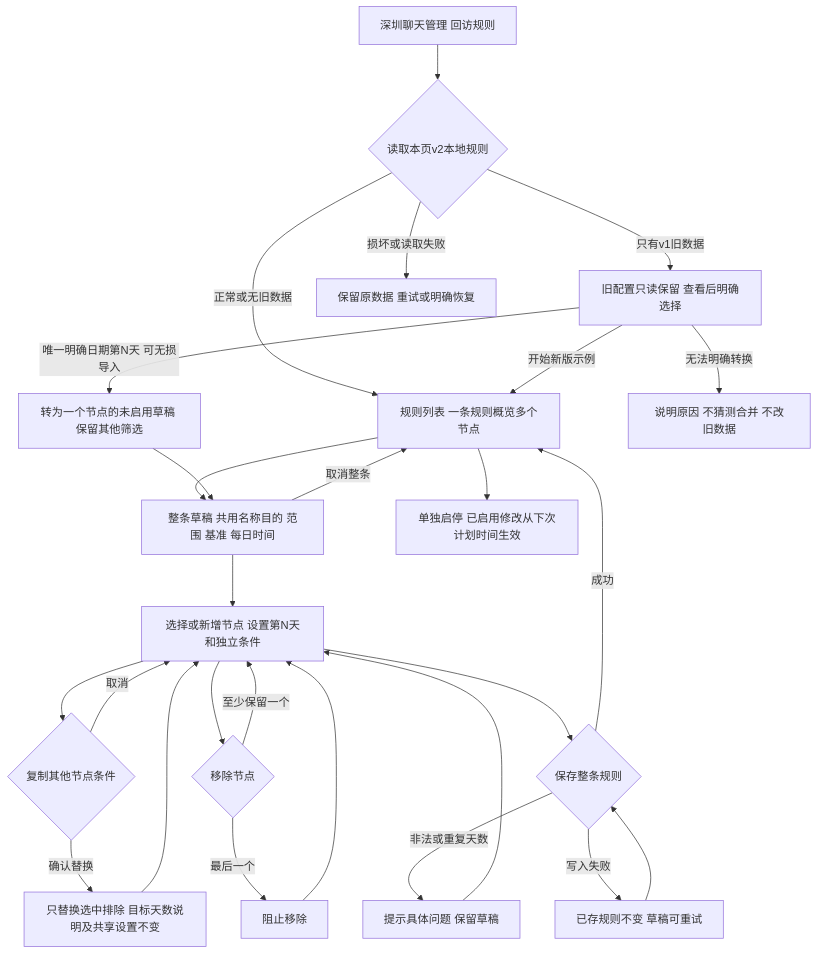
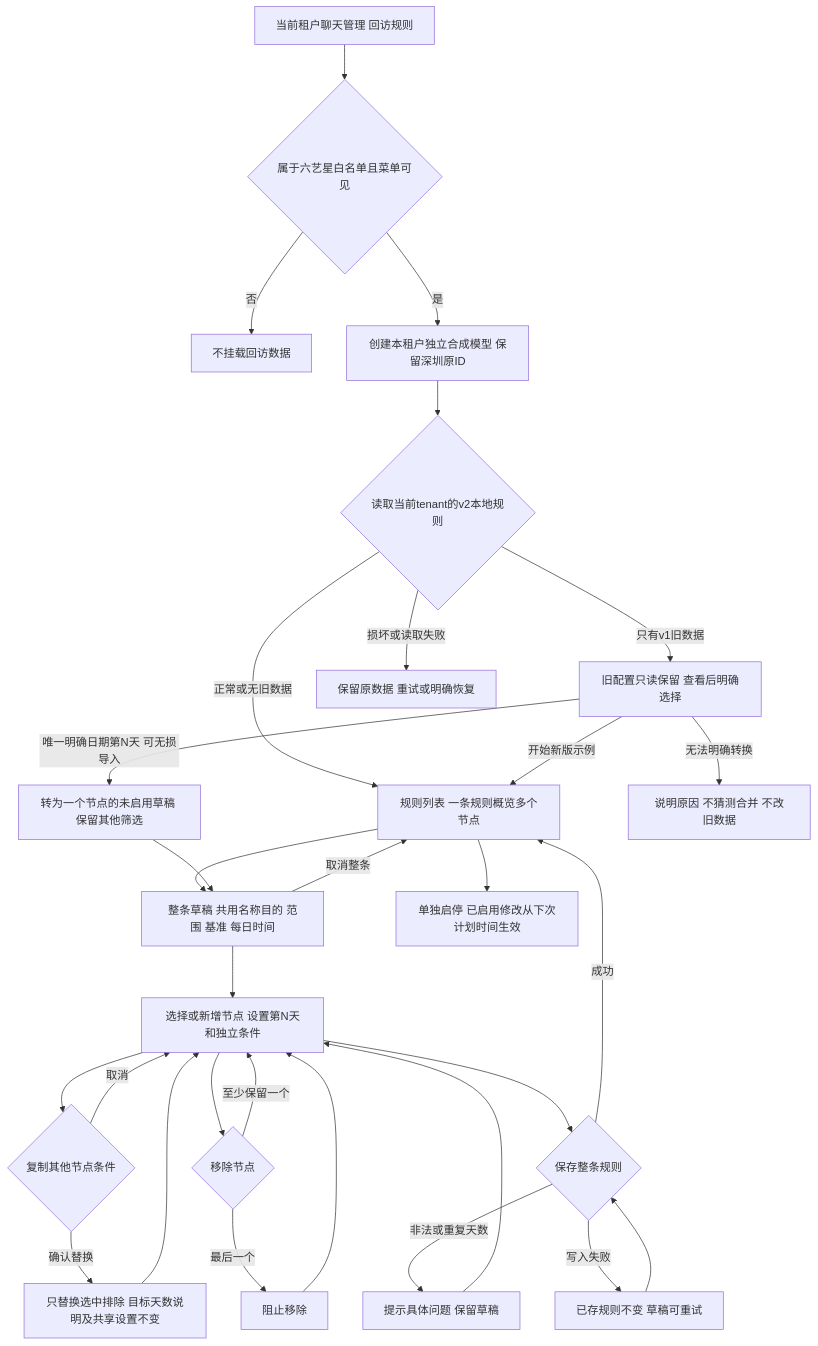
Before and after one commit to xfang9528-glitch/suiyin-admin: the second of 12 diagrams in flowcharts/admin-live-reference.md, drawn with Mermaid. The commit also changed other lines of this file and 60 other files, not shown here.

````diff
--- a/flowcharts/admin-live-reference.md
+++ b/flowcharts/admin-live-reference.md
@@ -35,29 +35,32 @@
 ```mermaid
 flowchart TD
-    Entry[深圳聊天管理 回访规则] --> Read{读取本页v2本地规则}
+    Entry[当前租户聊天管理 回访规则] --> Tenant{属于六艺星白名单且菜单可见}
+    Tenant -->|否| Denied[不挂载回访数据]
+    Tenant -->|是| Model[创建本租户独立合成模型 保留深圳原ID]
+    Model --> Read{读取当前tenant的v2本地规则}
     Read -->|正常或无旧数据| List[规则列表 一条规则概览多个节点]
     Read -->|只有v1旧数据| Legacy[旧配置只读保留 查看后明确选择]
     Legacy -->|开始新版示例| List
     Legacy -->|唯一明确日期第N天 可无损导入| Import[转为一个节点的未启用草稿 保留其他筛选]
     Legacy -->|无法明确转换| Keep[说明原因 不猜测合并 不改旧数据]
     Read -->|损坏或读取失败| Error[保留原数据 重试或明确恢复]
     List --> Edit[整条草稿 共用名称目的 范围 基准 每日时间]
     Import --> Edit
     Edit --> Node[选择或新增节点 设置第N天和独立条件]
     Node --> Copy{复制其他节点条件}
     Copy -->|确认替换| Snapshot[只替换选中排除 目标天数说明及共享设置不变]
     Copy -->|取消| Node
     Snapshot --> Node
     Node --> Remove{移除节点}
     Remove -->|至少保留一个| Node
     Remove -->|最后一个| Block[阻止移除]
     Block --> Node
     Node --> Save{保存整条规则}
     Save -->|非法或重复天数| Fix[提示具体问题 保留草稿]
     Fix --> Node
     Save -->|写入失败| Retry[已存规则不变 草稿可重试]
     Retry --> Save
     Save -->|成功| List
     Edit -->|取消整条| List
     List --> Enable[单独启停 已启用修改从下次计划时间生效]
 ```
````
